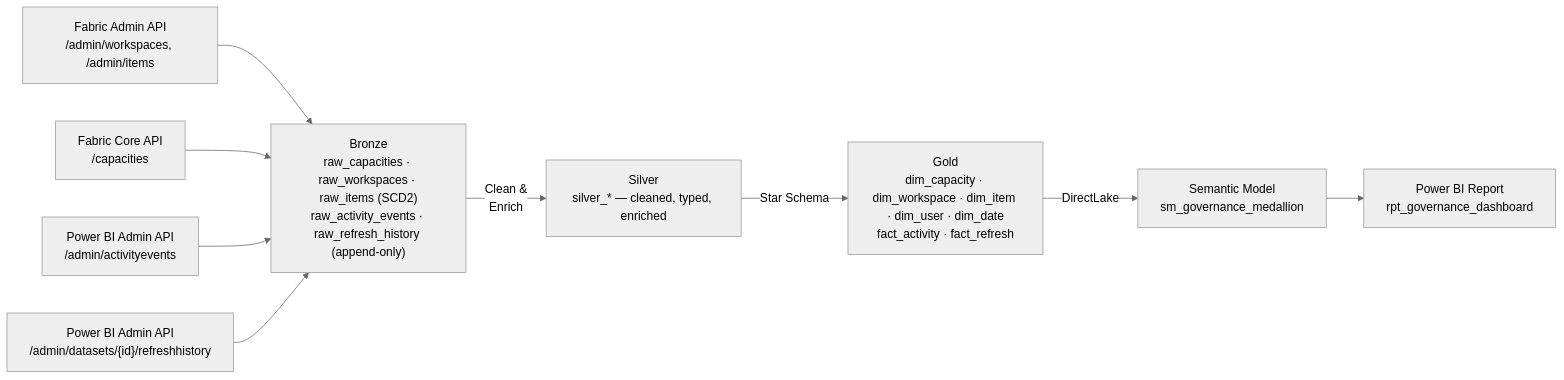
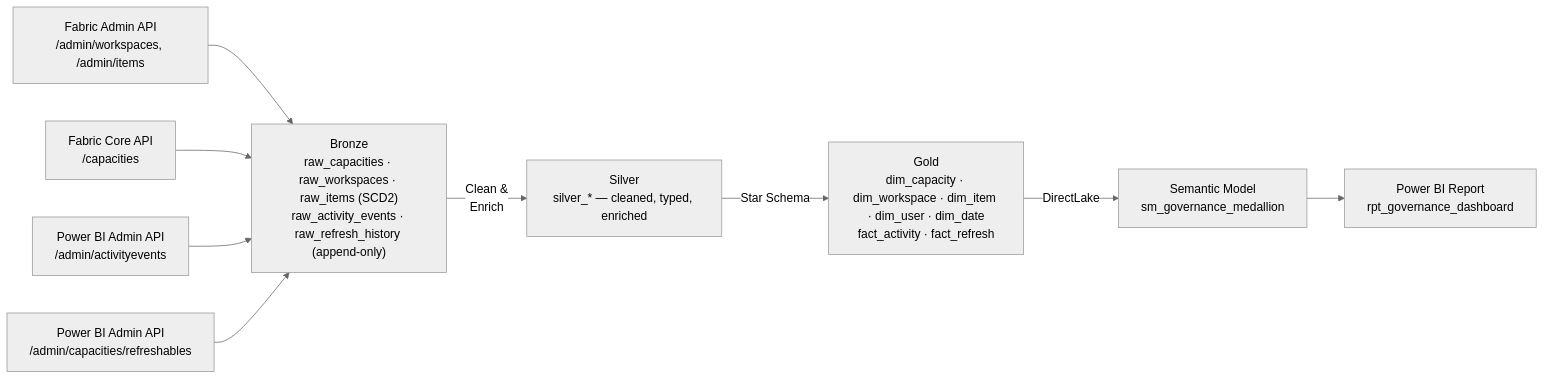
One commit to amxavier/fabric-governance changed the diagram in README.md. Above: the diagram before and after it, drawn with Mermaid (neutral theme). The commit also changed other lines of this file and 2 other files, not shown here.

First line of the commit message:
Fix nb_bronze_refresh_history: /admin/datasets/{id}/refreshhistory does not exist

````diff
--- a/README.md
+++ b/README.md
@@ -17,22 +17,22 @@
 ```mermaid
 flowchart LR
     ADM["Fabric Admin API\n/admin/workspaces, /admin/items"]
     CAP["Fabric Core API\n/capacities"]
     AE["Power BI Admin API\n/admin/activityevents"]
-    RH["Power BI Admin API\n/admin/datasets/{id}/refreshhistory"]
+    RH["Power BI Admin API\n/admin/capacities/refreshables"]
 
     B["Bronze\nraw_capacities · raw_workspaces · raw_items (SCD2)\nraw_activity_events · raw_refresh_history (append-only)"]
     S["Silver\nsilver_* — cleaned, typed, enriched"]
     G["Gold\ndim_capacity · dim_workspace · dim_item · dim_user · dim_date\nfact_activity · fact_refresh"]
     SM["Semantic Model\nsm_governance_medallion"]
     PBI["Power BI Report\nrpt_governance_dashboard"]
 
     ADM --> B
     CAP --> B
     AE --> B
     RH --> B
     B -->|"Clean &\nEnrich"| S
     S -->|"Star Schema"| G
     G -->|"DirectLake"| SM
     SM --> PBI
 ```
````
